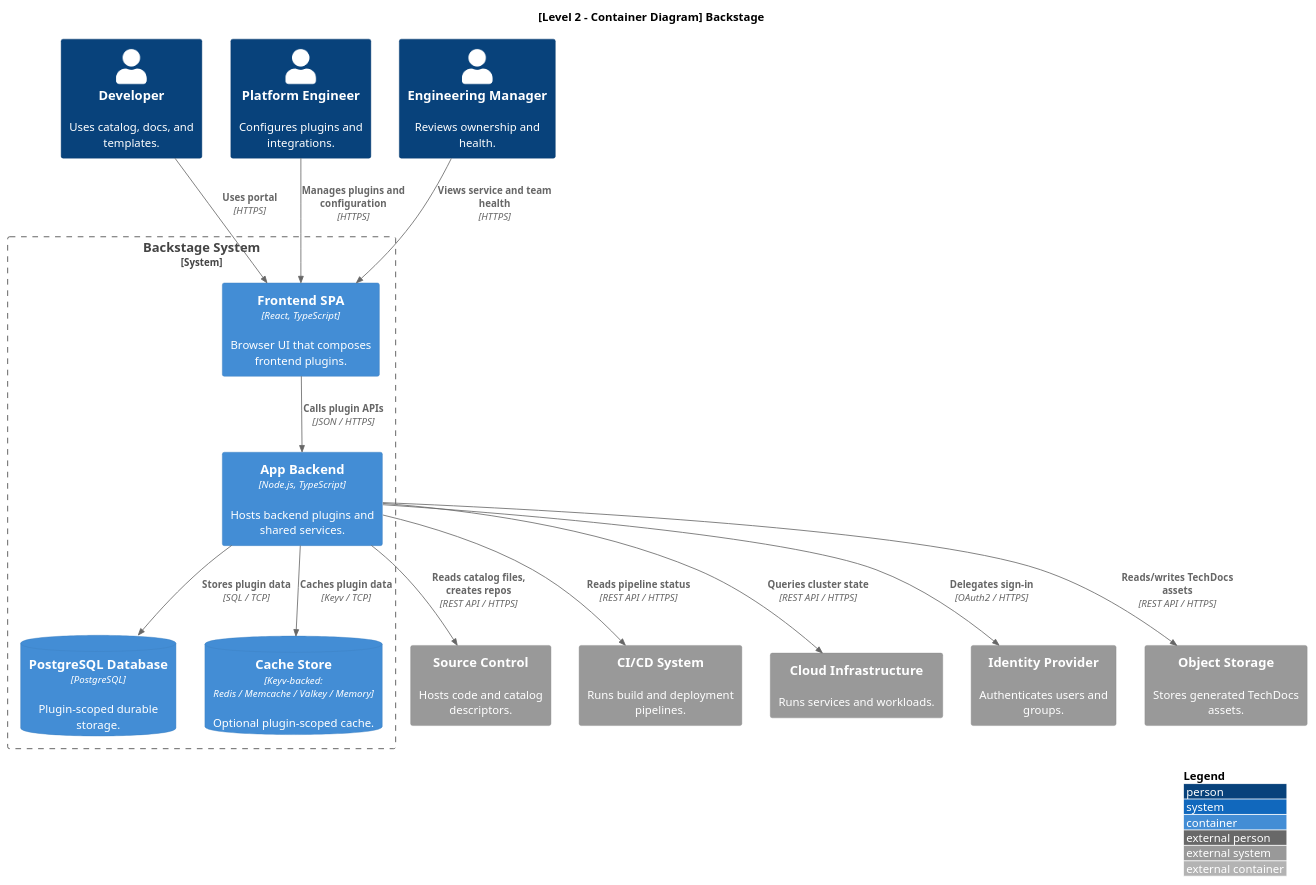
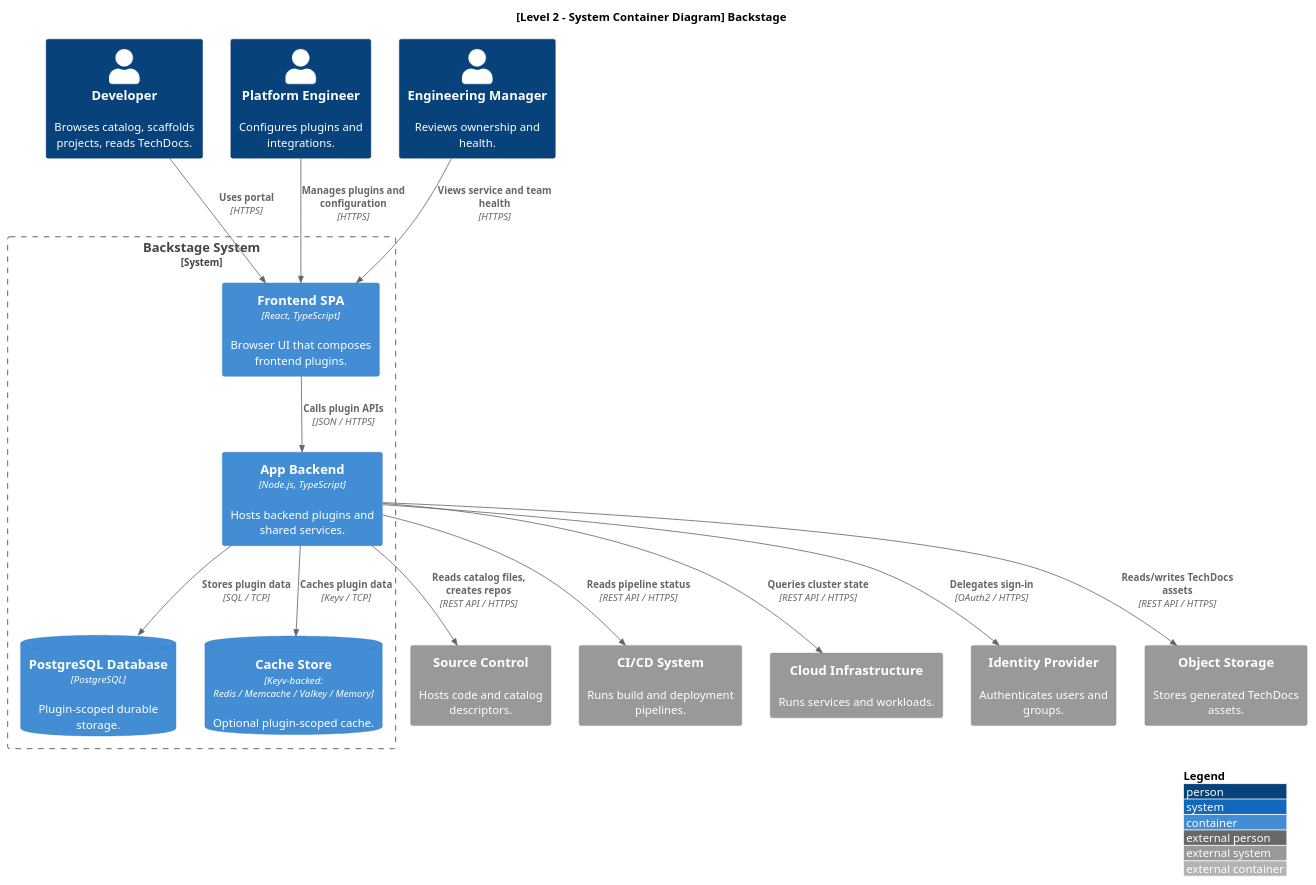
The diagram in notes/architecture/diagrams/container-diagram.puml (Group06-SwDA/Project), drawn with PlantUML before and after one commit. The commit also changed 9 other files, not shown here.

Commit message:
feat:finalized report and diagrams

```diff
--- a/notes/architecture/diagrams/container-diagram.puml
+++ b/notes/architecture/diagrams/container-diagram.puml
@@ -1,36 +1,36 @@
 @startuml
 !include <c4/C4_Container.puml>
 LAYOUT_WITH_LEGEND()
-title [Level 2 - Container Diagram] Backstage
+title [Level 2 - System Container Diagram] Backstage
 
-Person(developer, "Developer", "Uses catalog, docs, and templates.")
+Person(developer, "Developer", "Browses catalog, scaffolds projects, reads TechDocs.")
 Person(platform_eng, "Platform Engineer", "Configures plugins and integrations.")
 Person(eng_manager, "Engineering Manager", "Reviews ownership and health.")
 
 System_Ext(source_control, "Source Control", "Hosts code and catalog descriptors.")
 System_Ext(cicd, "CI/CD System", "Runs build and deployment pipelines.")
 System_Ext(cloud_infra, "Cloud Infrastructure", "Runs services and workloads.")
 System_Ext(idp, "Identity Provider", "Authenticates users and groups.")
 System_Ext(object_storage, "Object Storage", "Stores generated TechDocs assets.")
 
 System_Boundary(backstage_boundary, "Backstage System") {
     Container(frontend, "Frontend SPA", "React, TypeScript", "Browser UI that composes frontend plugins.")
     Container(app_backend, "App Backend", "Node.js, TypeScript", "Hosts backend plugins and shared services.")
     ContainerDb(db, "PostgreSQL Database", "PostgreSQL", "Plugin-scoped durable storage.")
     ContainerDb(cache, "Cache Store", "Keyv-backed:\nRedis / Memcache / Valkey / Memory", "Optional plugin-scoped cache.")
 }
 
 Rel(developer, frontend, "Uses portal", "HTTPS")
 Rel(platform_eng, frontend, "Manages plugins and configuration", "HTTPS")
 Rel(eng_manager, frontend, "Views service and team health", "HTTPS")
 
 Rel(frontend, app_backend, "Calls plugin APIs", "JSON / HTTPS")
 Rel(app_backend, db, "Stores plugin data", "SQL / TCP")
 Rel(app_backend, cache, "Caches plugin data", "Keyv / TCP")
 
 Rel(app_backend, idp, "Delegates sign-in", "OAuth2 / HTTPS")
 Rel(app_backend, source_control, "Reads catalog files, creates repos", "REST API / HTTPS")
 Rel(app_backend, cicd, "Reads pipeline status", "REST API / HTTPS")
 Rel(app_backend, cloud_infra, "Queries cluster state", "REST API / HTTPS")
 Rel(app_backend, object_storage, "Reads/writes TechDocs assets", "REST API / HTTPS")
 @enduml
```
